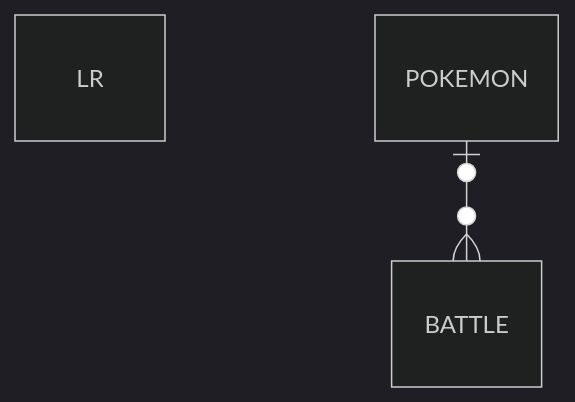
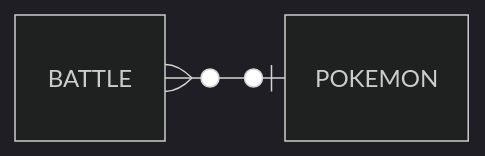
The diagram in README.md (Mimito164/pokemon-challenge), drawn with Mermaid (dark theme) before and after one commit.

Commit message:
correct diagram orientation

````diff
--- a/README.md
+++ b/README.md
@@ -26,4 +26,5 @@
 ```mermaid
-erDiagram LR
+erDiagram
+    direction RL
     POKEMON |o--o{ BATTLE : ""
 ```
````
